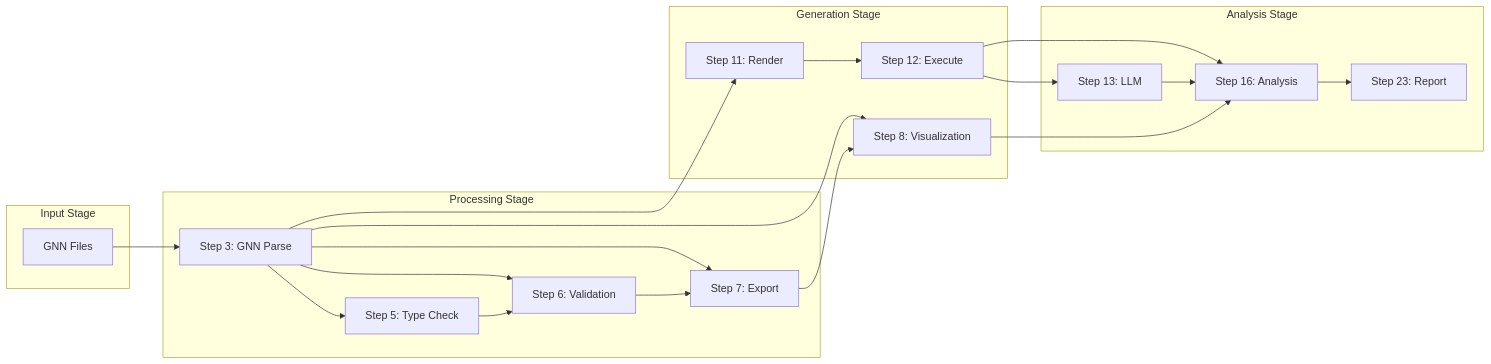
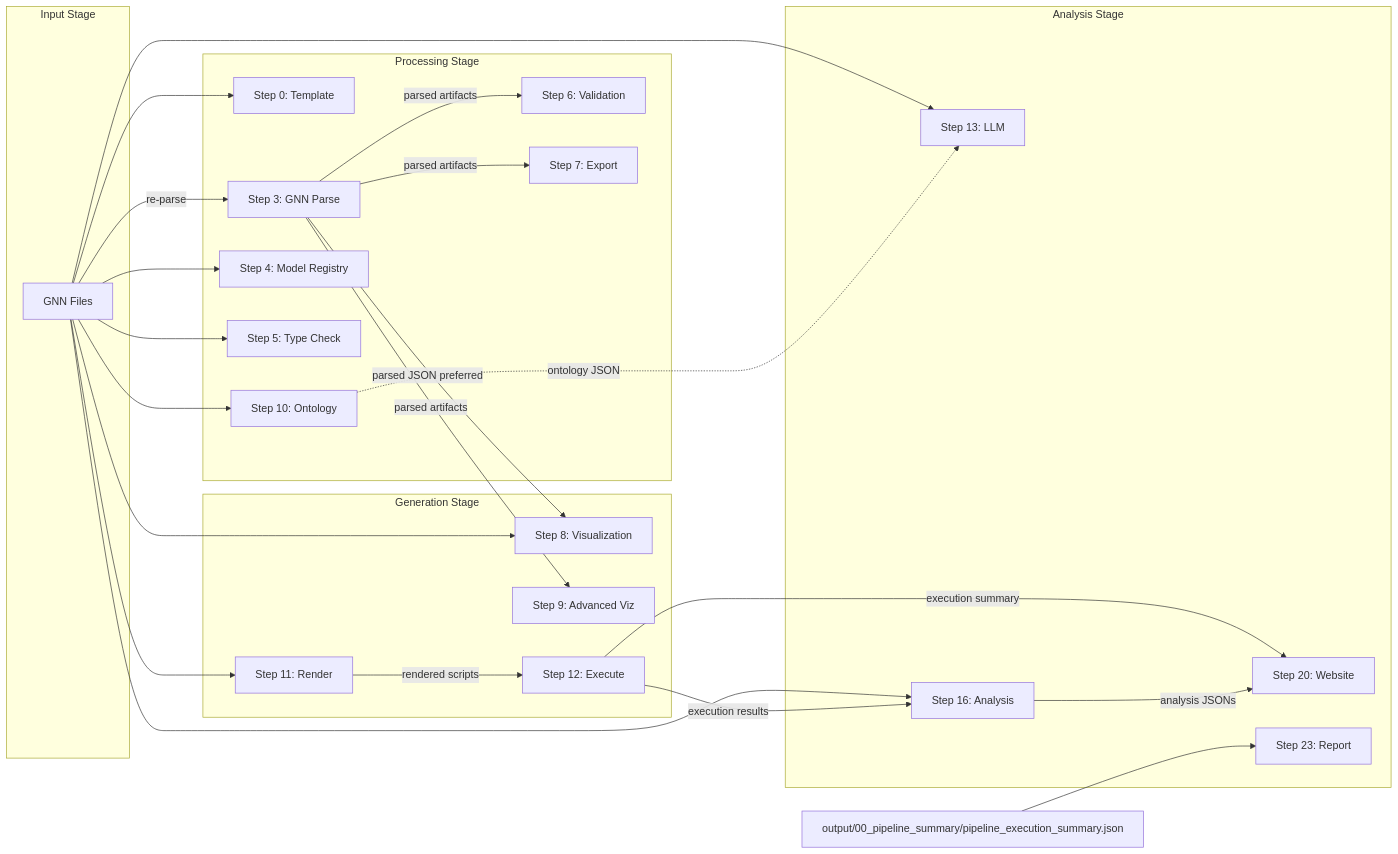
Before and after one commit to ActiveInferenceInstitute/GeneralizedNotationNotation: the seventh of 8 diagrams in README.md, drawn with Mermaid. The commit also changed 29 other files, not shown here.

First line of the commit message:
docs: correct pipeline data-dependency graphs to runtime artifact flow

````diff
--- a/README.md
+++ b/README.md
@@ -625,44 +625,55 @@
 ```mermaid
 flowchart LR
     subgraph "Input Stage"
         Input[GNN Files]
     end
-    
+
     subgraph "Processing Stage"
+        Step0[Step 0: Template]
         Step3[Step 3: GNN Parse]
+        Step4[Step 4: Model Registry]
         Step5[Step 5: Type Check]
         Step6[Step 6: Validation]
         Step7[Step 7: Export]
+        Step10[Step 10: Ontology]
     end
-    
+
     subgraph "Generation Stage"
         Step8[Step 8: Visualization]
+        Step9[Step 9: Advanced Viz]
         Step11[Step 11: Render]
         Step12[Step 12: Execute]
     end
-    
+
     subgraph "Analysis Stage"
         Step13[Step 13: LLM]
         Step16[Step 16: Analysis]
+        Step20[Step 20: Website]
         Step23[Step 23: Report]
     end
-    
-    Input --> Step3
-    Step3 --> Step5
-    Step3 --> Step6
-    Step3 --> Step7
-    Step3 --> Step8
-    Step3 --> Step11
-    
-    Step5 --> Step6
-    Step6 --> Step7
-    Step7 --> Step8
-    
-    Step11 --> Step12
-    Step12 --> Step13
-    Step12 --> Step16
-    
-    Step13 --> Step16
-    Step8 --> Step16
-    Step16 --> Step23
+
+    Input -->|"re-parse"| Step3
+    Input --> Step0
+    Input --> Step4
+    Input --> Step5
+    Input --> Step8
+    Input --> Step10
+    Input --> Step11
+    Input --> Step13
+    Input --> Step16
+
+    Step3 -->|"parsed artifacts"| Step6
+    Step3 -->|"parsed artifacts"| Step7
+    Step3 -->|"parsed artifacts"| Step9
+    Step3 -->|"parsed JSON preferred"| Step8
+
+    Step11 -->|"rendered scripts"| Step12
+    Step12 -->|"execution results"| Step16
+
+    Step12 -->|"execution summary"| Step20
+    Step16 -->|"analysis JSONs"| Step20
+
+    Step10 -.->|"ontology JSON"| Step13
+    SUM[output/00_pipeline_summary/pipeline_execution_summary.json]
+    SUM --> Step23
 ```
````
